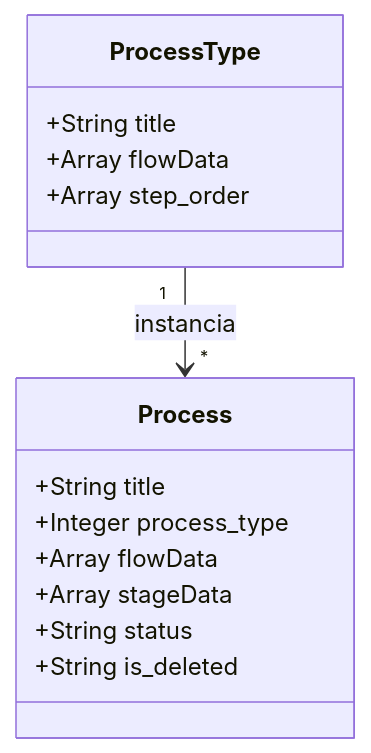
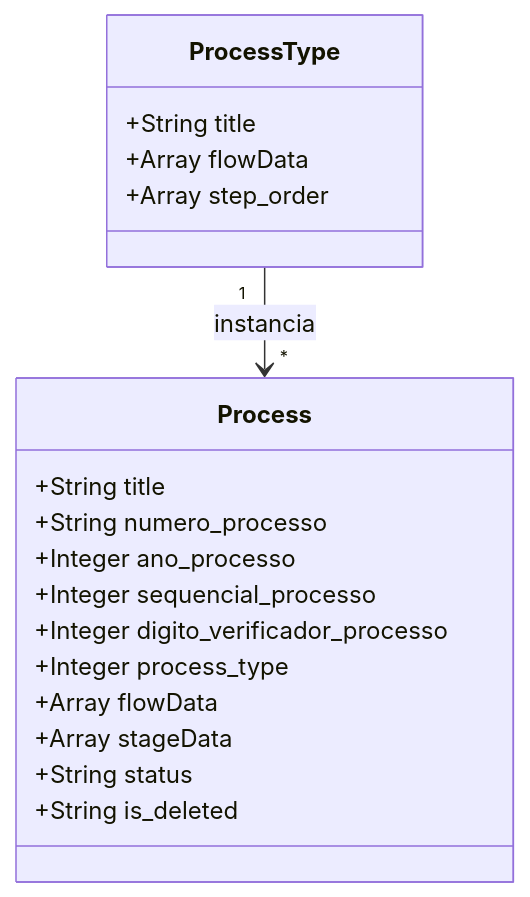
One commit to Nocs-lab/Obatala changed the second of 2 diagrams in mk-docs/docs/posts-customizados.md. Above: the diagram before and after it, drawn with Mermaid. The commit also changed other lines of this file and 34 other files, not shown here.

````diff
--- a/mk-docs/docs/posts-customizados.md
+++ b/mk-docs/docs/posts-customizados.md
@@ -50,19 +51,23 @@
 ```mermaid
 classDiagram
     class ProcessType {
         +String title
         +Array flowData
         +Array step_order
     }
 
     class Process {
         +String title
+        +String numero_processo
+        +Integer ano_processo
+        +Integer sequencial_processo
+        +Integer digito_verificador_processo
         +Integer process_type
         +Array flowData
         +Array stageData
         +String status
         +String is_deleted
     }
 
     ProcessType "1" --> "*" Process : instancia
 ```
````
